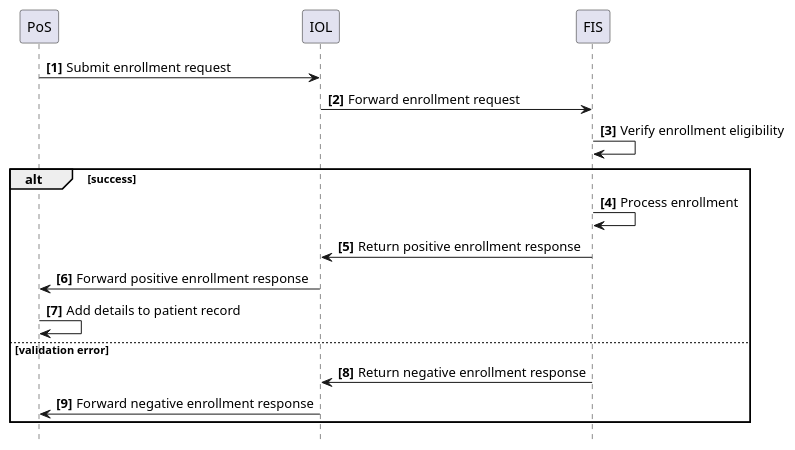
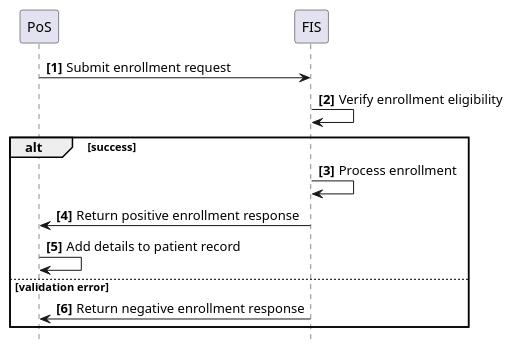
The diagram in input/images-source/usecase1-processflow.plantuml (IHE/ITI.Finance), drawn with PlantUML before and after one commit. The commit also changed 7 other files, not shown here.

Commit message:
Removed IOL (mediator layer) from use cases and diagrams as it's not needed for the use cases.

```diff
--- a/input/images-source/usecase1-processflow.plantuml
+++ b/input/images-source/usecase1-processflow.plantuml
@@ -1,24 +1,20 @@
 @startuml
 skinparam svgDimensionStyle false
 hide footbox
 autonumber "<b>[0]"
 
 participant PoS
-participant IOL
 participant FIS
 
-PoS->IOL: Submit enrollment request
-IOL->FIS: Forward enrollment request
+PoS->FIS: Submit enrollment request
 FIS->FIS: Verify enrollment eligibility
 
 alt success
   FIS->FIS: Process enrollment
-  FIS->IOL: Return positive enrollment response
-  IOL->PoS: Forward positive enrollment response
+  FIS->PoS: Return positive enrollment response
   PoS->PoS: Add details to patient record
 else validation error
-  FIS->IOL: Return negative enrollment response
-  IOL->PoS: Forward negative enrollment response
+  FIS->PoS: Return negative enrollment response
 end
 
 @enduml
```
